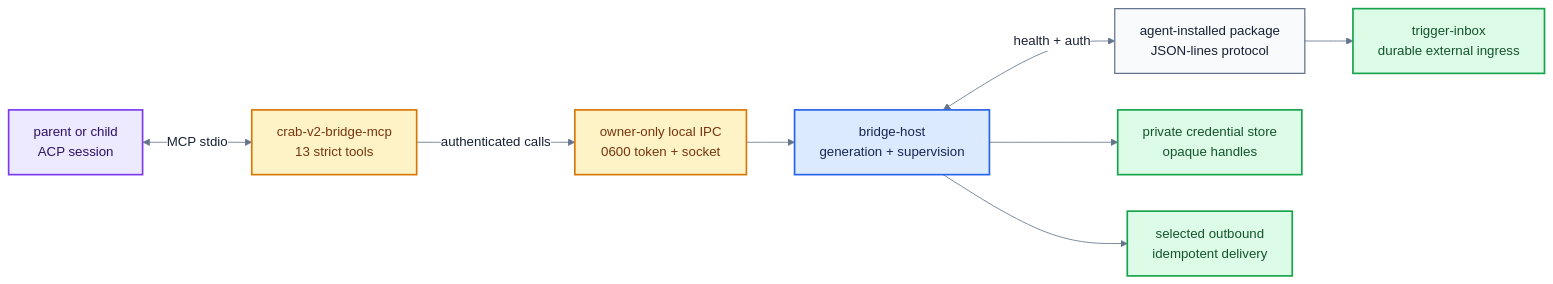
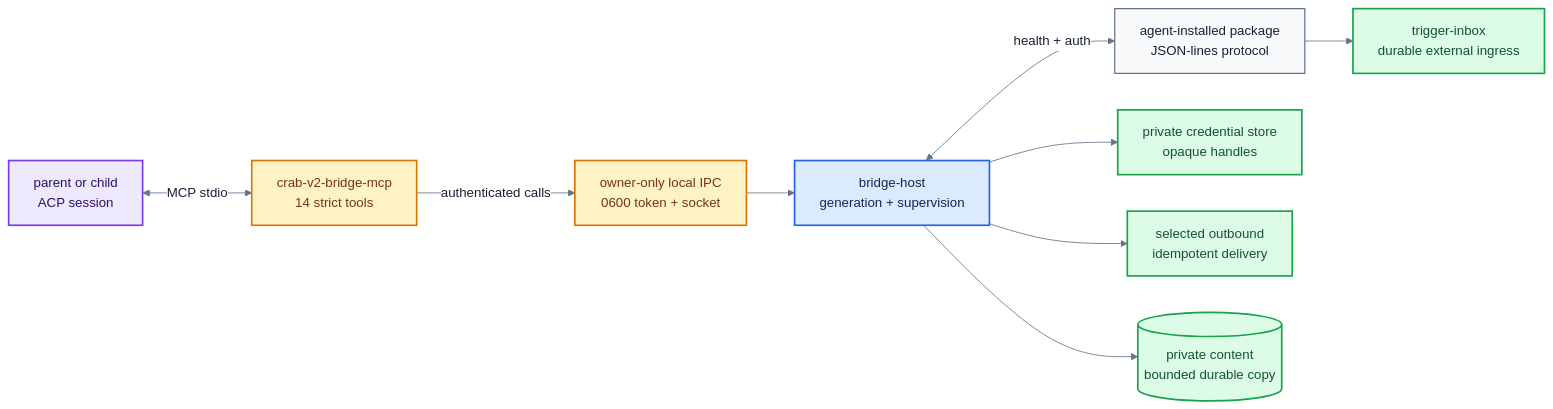
One commit to fontanierh/crab changed the diagram in v2/docs/native-bridge-tools-flow.mmd. Above: the diagram before and after it, drawn with Mermaid. The commit also changed 15 other files, not shown here.

Commit message:
feat(v2): stage local bridge content (#260)

```diff
--- a/v2/docs/native-bridge-tools-flow.mmd
+++ b/v2/docs/native-bridge-tools-flow.mmd
@@ -1,28 +1,30 @@
 %%{init: {"theme": "base", "themeVariables": {"fontFamily": "ui-sans-serif, system-ui, sans-serif", "primaryTextColor": "#172033", "lineColor": "#64748b", "edgeLabelBackground": "#ffffff"}, "flowchart": {"curve": "basis", "nodeSpacing": 44, "rankSpacing": 58}}}%%
 flowchart LR
     ACP["parent or child<br/>ACP session"]
-    MCP["crab-v2-bridge-mcp<br/>13 strict tools"]
+    MCP["crab-v2-bridge-mcp<br/>14 strict tools"]
     IPC["owner-only local IPC<br/>0600 token + socket"]
     HOST["bridge-host<br/>generation + supervision"]
     PACKAGE["agent-installed package<br/>JSON-lines protocol"]
     CREDS["private credential store<br/>opaque handles"]
     INGRESS["trigger-inbox<br/>durable external ingress"]
     DELIVERY["selected outbound<br/>idempotent delivery"]
+    CONTENT[("private content<br/>bounded durable copy")]
 
     ACP <-->|"MCP stdio"| MCP
     MCP -->|"authenticated calls"| IPC --> HOST
     HOST <-->|"health + auth"| PACKAGE
     HOST --> CREDS
+    HOST --> CONTENT
     PACKAGE --> INGRESS
     HOST --> DELIVERY
 
     classDef agent fill:#ede9fe,stroke:#7c3aed,stroke-width:2px,color:#2e1065;
     classDef boundary fill:#fef3c7,stroke:#d97706,stroke-width:2px,color:#78350f;
     classDef host fill:#dbeafe,stroke:#2563eb,stroke-width:2px,color:#172554;
     classDef package fill:#f8fafc,stroke:#64748b,stroke-width:1.5px,color:#172033;
     classDef durable fill:#dcfce7,stroke:#16a34a,stroke-width:2px,color:#14532d;
     class ACP agent;
     class MCP,IPC boundary;
     class HOST host;
     class PACKAGE package;
-    class CREDS,INGRESS,DELIVERY durable;
+    class CREDS,INGRESS,DELIVERY,CONTENT durable;
```
